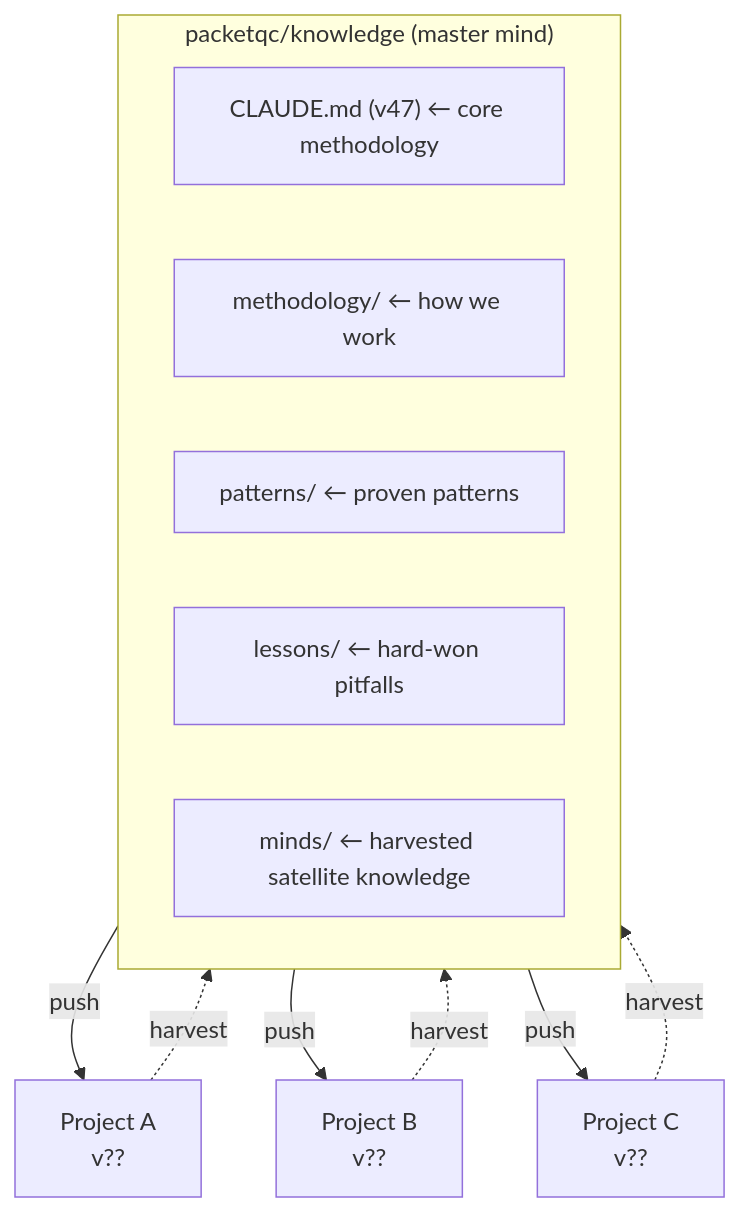
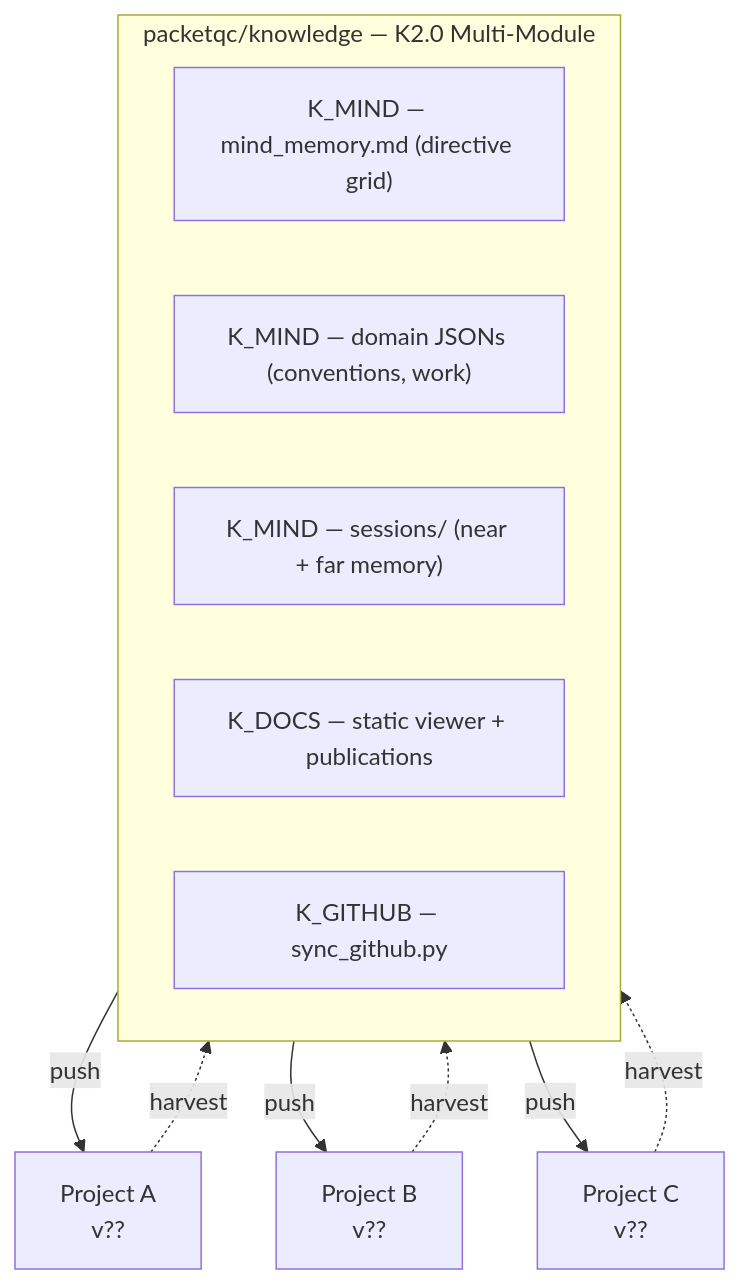
One commit to packetqc/K_DOCS changed the first of 2 diagrams in docs/publications/distributed-knowledge-dashboard/full/index.md. Above: the diagram before and after it, drawn with Mermaid. The commit also changed other lines of this file and 1 other file, not shown here.

Commit message:
docs: update distributed-knowledge-dashboard mermaid to K2.0
Replace monolithic master mind and insight lifecycle diagrams with
K2.0 multi-module structure and conventions.json/mind_memory.md flow.

````diff
--- a/docs/publications/distributed-knowledge-dashboard/full/index.md
+++ b/docs/publications/distributed-knowledge-dashboard/full/index.md
@@ -240,18 +240,18 @@
 ```mermaid
 flowchart TB
-    subgraph MASTER["packetqc/knowledge (master mind)"]
-        M1["CLAUDE.md (v47) ← core methodology"]
-        M2["methodology/ ← how we work"]
-        M3["patterns/ ← proven patterns"]
-        M4["lessons/ ← hard-won pitfalls"]
-        M5["minds/ ← harvested satellite knowledge"]
+    subgraph MASTER["packetqc/knowledge — K2.0 Multi-Module"]
+        M1["K_MIND — mind_memory.md (directive grid)"]
+        M2["K_MIND — domain JSONs (conventions, work)"]
+        M3["K_MIND — sessions/ (near + far memory)"]
+        M4["K_DOCS — static viewer + publications"]
+        M5["K_GITHUB — sync_github.py"]
     end
 
     MASTER -- "push" --> PA["Project A\nv??"]
     MASTER -- "push" --> PB["Project B\nv??"]
     MASTER -- "push" --> PC["Project C\nv??"]
 
     PA -. "harvest" .-> MASTER
     PB -. "harvest" .-> MASTER
     PC -. "harvest" .-> MASTER
 ```
````
